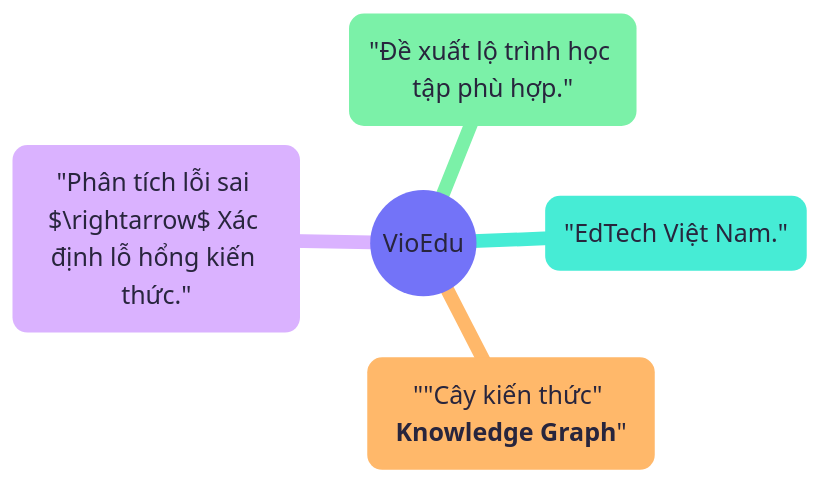
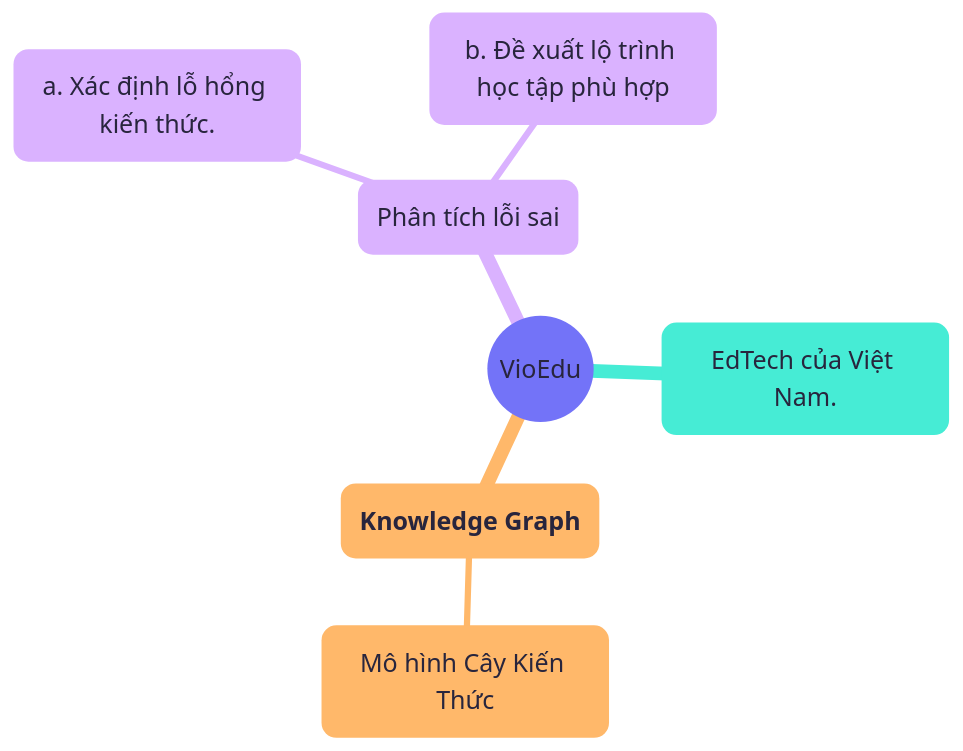
The diagram in content/diagrams/chapter02-vioedu.mmd (sam-uit/typst-report-template), drawn with Mermaid before and after one commit.

```diff
--- a/content/diagrams/chapter02-vioedu.mmd
+++ b/content/diagrams/chapter02-vioedu.mmd
@@ -1,13 +1,15 @@
 ---
 config:
   theme: redux-color
   themeVariables:
     fontFamily: Google Sans
     fontSize: 20px
 ---
 mindmap
   root(("VioEdu"))
-    "EdTech Việt Nam."
-    "#quot;Cây kiến thức#quot; **Knowledge Graph**"
-    "Phân tích lỗi sai $\rightarrow$ Xác định lỗ hổng kiến thức."
-    "Đề xuất lộ trình học tập phù hợp."
+    ("EdTech của Việt Nam.")
+    ("**Knowledge Graph**")
+      Mô hình Cây Kiến Thức
+    ("Phân tích lỗi sai")
+      a. Xác định lỗ hổng kiến thức.
+      b. Đề xuất lộ trình học tập phù hợp
```
